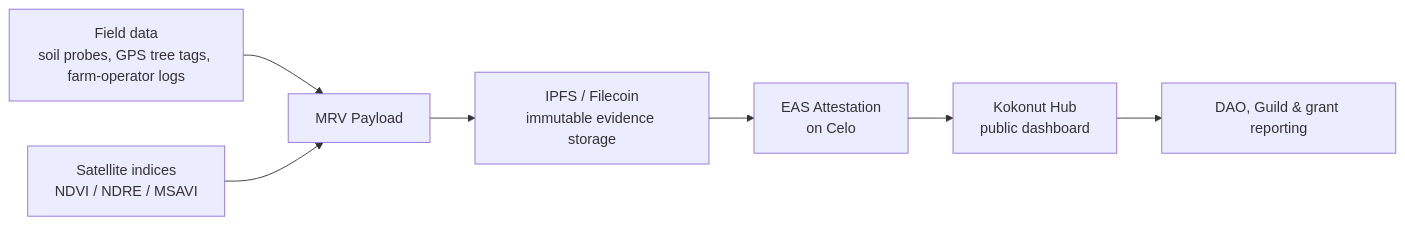
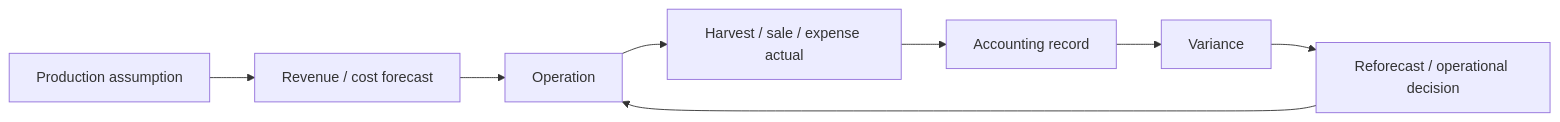
Before and after one commit to wasalo/Kokonut-Public-Site: diagram 13 of 15 in playbooks/regenerative-finance/how-it-works.mdx, drawn with Mermaid. The commit also changed other lines of this file, not shown here.

````diff
--- a/playbooks/regenerative-finance/how-it-works.mdx
+++ b/playbooks/regenerative-finance/how-it-works.mdx
@@ -50,9 +867,10 @@
 ```mermaid
 flowchart LR
-    A["Field data<br/>soil probes, GPS tree tags, farm-operator logs"] --> D["MRV Payload"]
-    B["Satellite indices<br/>NDVI / NDRE / MSAVI"] --> D
-    D --> E["IPFS / Filecoin<br/>immutable evidence storage"]
-    E --> F["EAS Attestation<br/>on Celo"]
-    F --> G["Kokonut Hub<br/>public dashboard"]
-    G --> H["DAO, Guild & grant reporting"]
+    A["Production assumption"] --> B["Revenue / cost forecast"]
+    B --> C["Operation"]
+    C --> D["Harvest / sale / expense actual"]
+    D --> E["Accounting record"]
+    E --> F["Variance"]
+    F --> G["Reforecast / operational decision"]
+    G --> C
 ```
````
